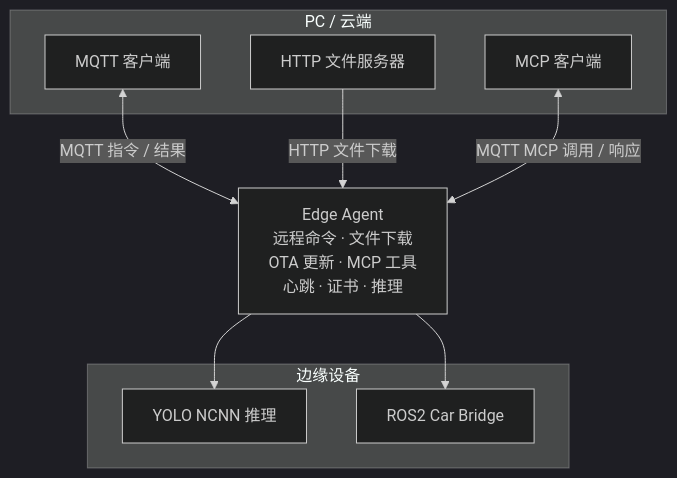
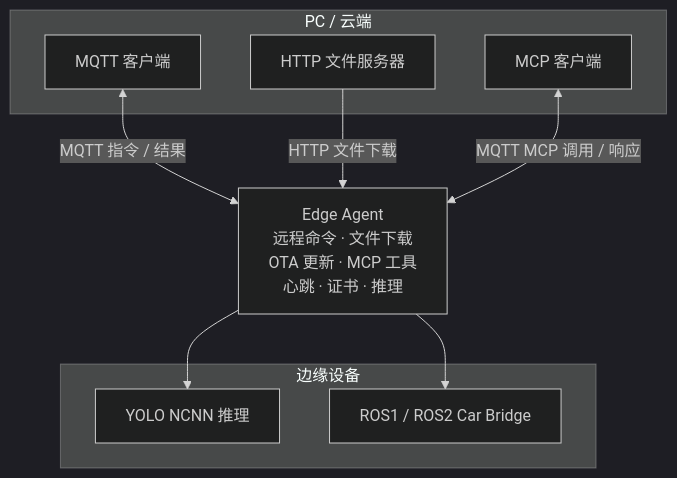
Before and after one commit to MINGTIANJIAN886/edge_agent: the first of 4 diagrams in README.md, drawn with Mermaid (dark theme). The commit also changed other lines of this file, not shown here.

Commit message:
docs: update README with ROS1/ROS2 support, new bridge architecture, MCP tools

````diff
--- a/README.md
+++ b/README.md
@@ -7,21 +7,21 @@
 ```mermaid
 flowchart TB
     subgraph Cloud["PC / 云端"]
         MQTT["MQTT 客户端"]
         HTTP["HTTP 文件服务器"]
         MCP["MCP 客户端"]
     end
 
     AGENT["Edge Agent<br/>远程命令 · 文件下载<br/>OTA 更新 · MCP 工具<br/>心跳 · 证书 · 推理"]
 
     subgraph Device["边缘设备"]
         YOLO["YOLO NCNN 推理"]
-        ROS["ROS2 Car Bridge"]
+        ROS["ROS1 / ROS2 Car Bridge"]
     end
 
     MQTT <-- MQTT 指令 / 结果 --> AGENT
     HTTP -- HTTP 文件下载 --> AGENT
     MCP <-- MQTT MCP 调用 / 响应 --> AGENT
     AGENT --> YOLO
     AGENT --> ROS
 ```
````
